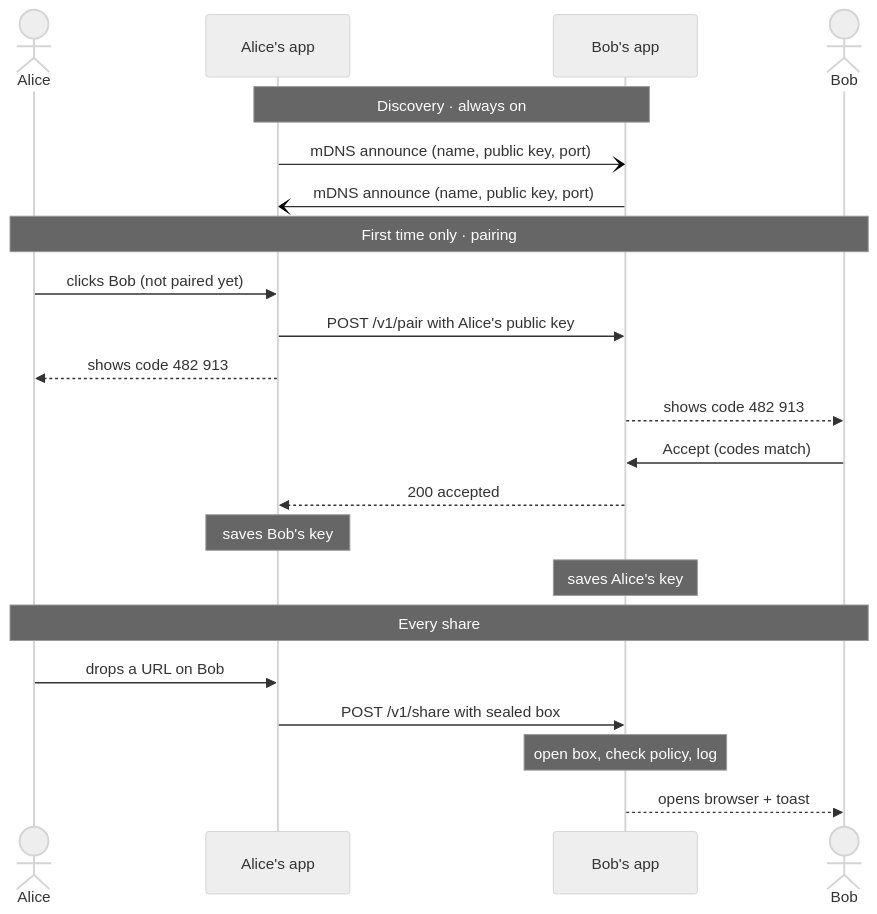
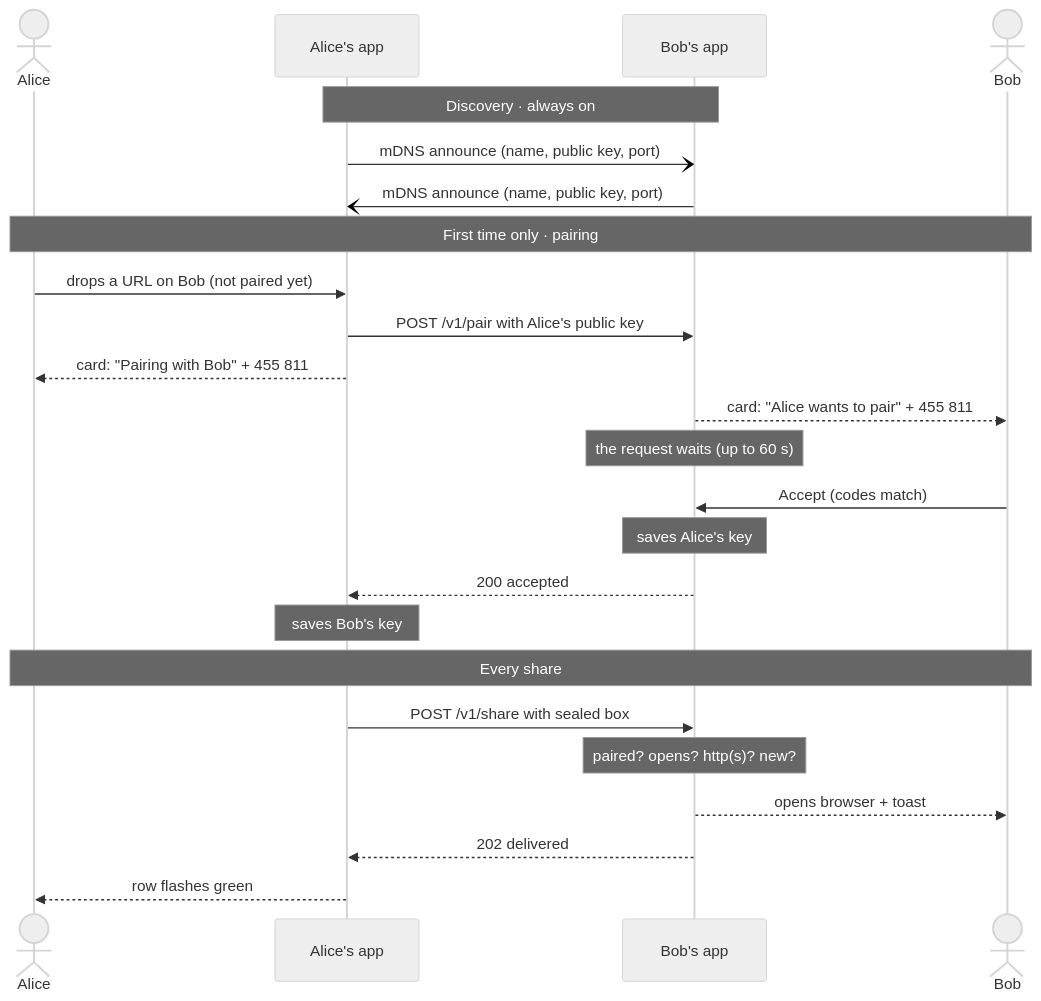
One commit to Affan88888/connector changed the third of 3 diagrams in docs/ARCHITECTURE.md. Above: the diagram before and after it, drawn with Mermaid (neutral theme). The commit also changed other lines of this file and 16 other files, not shown here.

````diff
--- a/docs/ARCHITECTURE.md
+++ b/docs/ARCHITECTURE.md
@@ -107,27 +135,29 @@
 ```mermaid
 sequenceDiagram
   actor Alice
   participant A as Alice's app
   participant B as Bob's app
   actor Bob
 
   Note over A,B: Discovery · always on
   A-)B: mDNS announce (name, public key, port)
   B-)A: mDNS announce (name, public key, port)
 
   Note over Alice,Bob: First time only · pairing
-  Alice->>A: clicks Bob (not paired yet)
+  Alice->>A: drops a URL on Bob (not paired yet)
   A->>B: POST /v1/pair with Alice's public key
-  A-->>Alice: shows code 482 913
-  B-->>Bob: shows code 482 913
+  A-->>Alice: card: "Pairing with Bob" + 455 811
+  B-->>Bob: card: "Alice wants to pair" + 455 811
+  Note over B: the request waits (up to 60 s)
   Bob->>B: Accept (codes match)
+  Note over B: saves Alice's key
   B-->>A: 200 accepted
   Note over A: saves Bob's key
-  Note over B: saves Alice's key
 
   Note over Alice,Bob: Every share
-  Alice->>A: drops a URL on Bob
   A->>B: POST /v1/share with sealed box
-  Note over B: open box, check policy, log
+  Note over B: paired? opens? http(s)? new?
   B-->>Bob: opens browser + toast
+  B-->>A: 202 delivered
+  A-->>Alice: row flashes green
 ```
````
